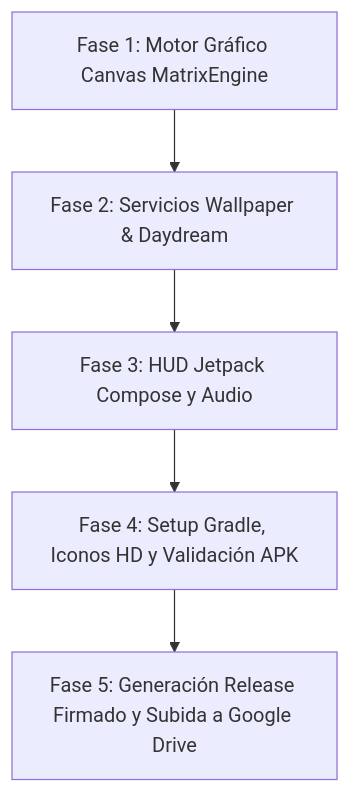
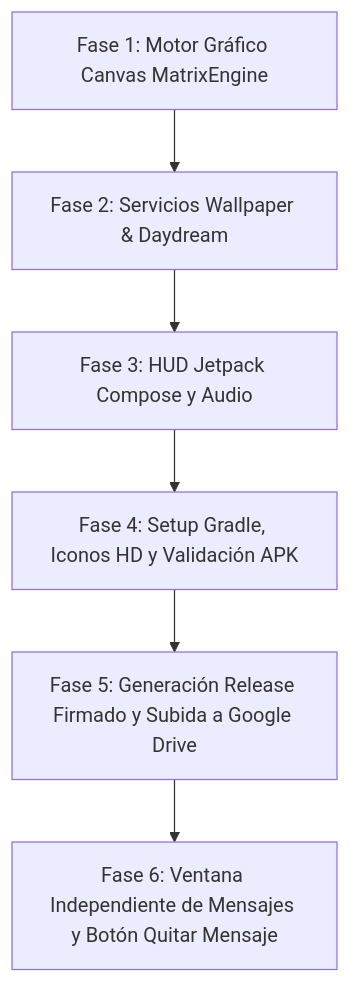
Before and after one commit to Duke33-Devops/matrix-code-rain-android: the diagram in PLAN_DE_TRABAJO.md, drawn with Mermaid. The commit also changed other lines of this file and 7 other files, not shown here.

````diff
--- a/PLAN_DE_TRABAJO.md
+++ b/PLAN_DE_TRABAJO.md
@@ -36,7 +36,8 @@
 ```mermaid
 graph TD
     A[Fase 1: Motor Gráfico Canvas MatrixEngine] --> B[Fase 2: Servicios Wallpaper & Daydream]
     B --> C[Fase 3: HUD Jetpack Compose y Audio]
     C --> D[Fase 4: Setup Gradle, Iconos HD y Validación APK]
     D --> E[Fase 5: Generación Release Firmado y Subida a Google Drive]
+    E --> F[Fase 6: Ventana Independiente de Mensajes y Botón Quitar Mensaje]
 ```
````
